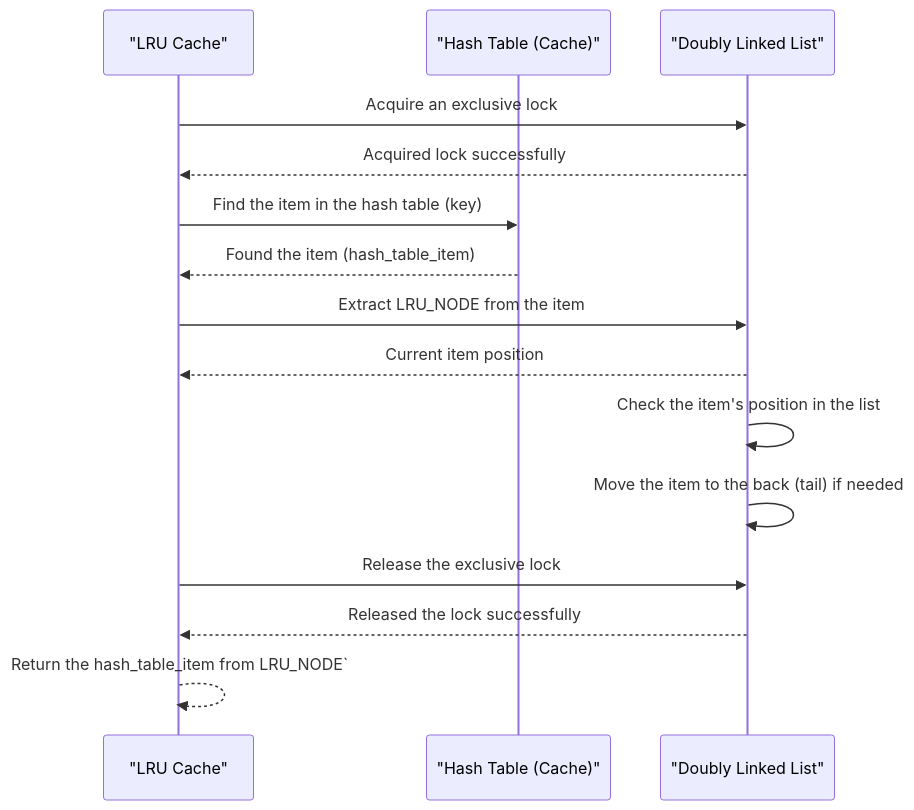
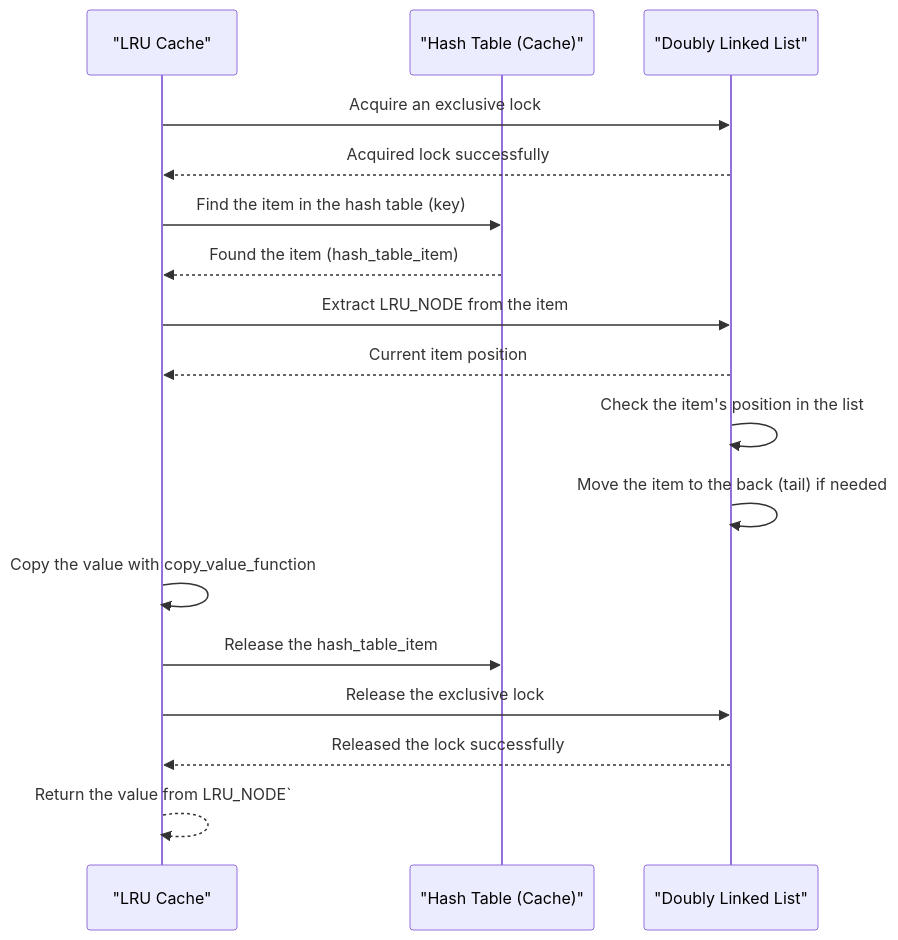
Before and after one commit to Azure/clds: the third of 3 diagrams in devdoc/lru_cache_design.md, drawn with Mermaid. The commit also changed other lines of this file and 5 other files, not shown here.

First line of the commit message:
Make lru_cache_get return a copied value (#473)

````diff
--- a/devdoc/lru_cache_design.md
+++ b/devdoc/lru_cache_design.md
@@ -128,17 +130,19 @@
 ```mermaid
 sequenceDiagram
     participant Cache as "LRU Cache"
     participant HashTable as "Hash Table (Cache)"
     participant LRUList as "Doubly Linked List"    
     Cache ->> LRUList: Acquire an exclusive lock
     LRUList -->> Cache: Acquired lock successfully
     Cache ->> HashTable: Find the item in the hash table (key)
     HashTable -->> Cache: Found the item (hash_table_item)
     Cache ->> LRUList: Extract LRU_NODE from the item
     LRUList -->> Cache: Current item position
     LRUList ->> LRUList: Check the item's position in the list
     LRUList ->> LRUList: Move the item to the back (tail) if needed
+    Cache ->> Cache: Copy the value with copy_value_function
+    Cache ->> HashTable: Release the hash_table_item
     Cache ->> LRUList: Release the exclusive lock
     LRUList -->> Cache: Released the lock successfully
-    Cache -->> Cache: Return the hash_table_item from LRU_NODE` 
+    Cache -->> Cache: Return the value from LRU_NODE` 
 ```
````
